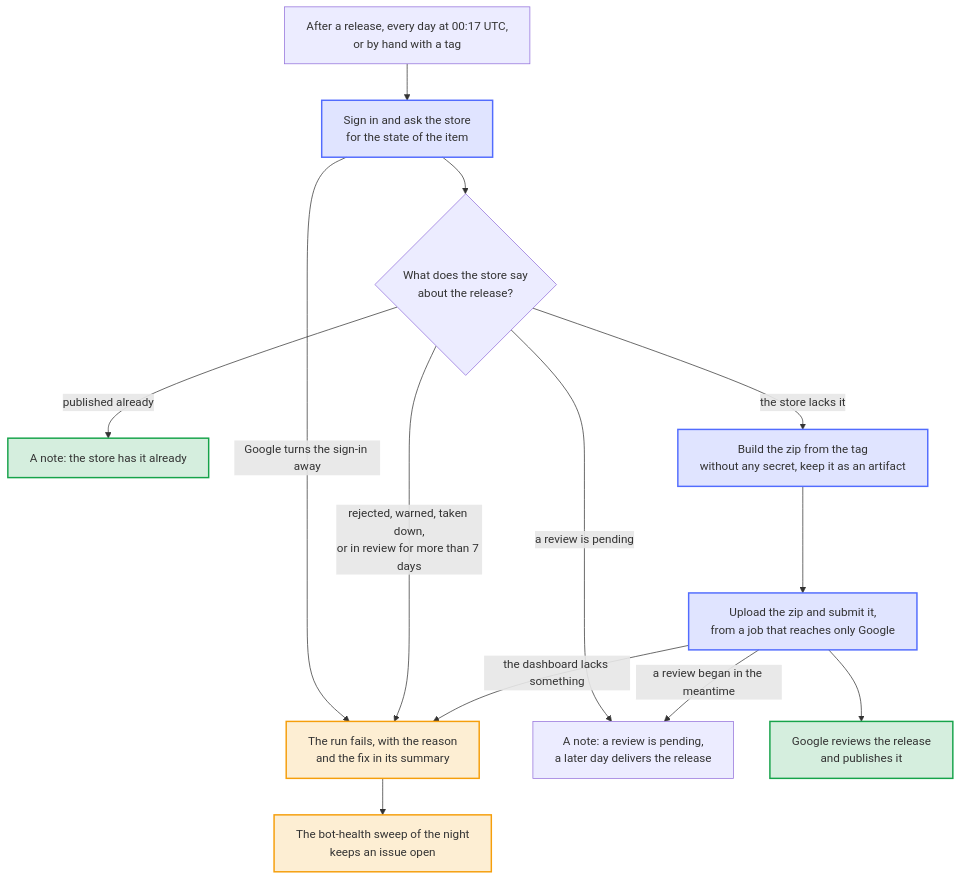
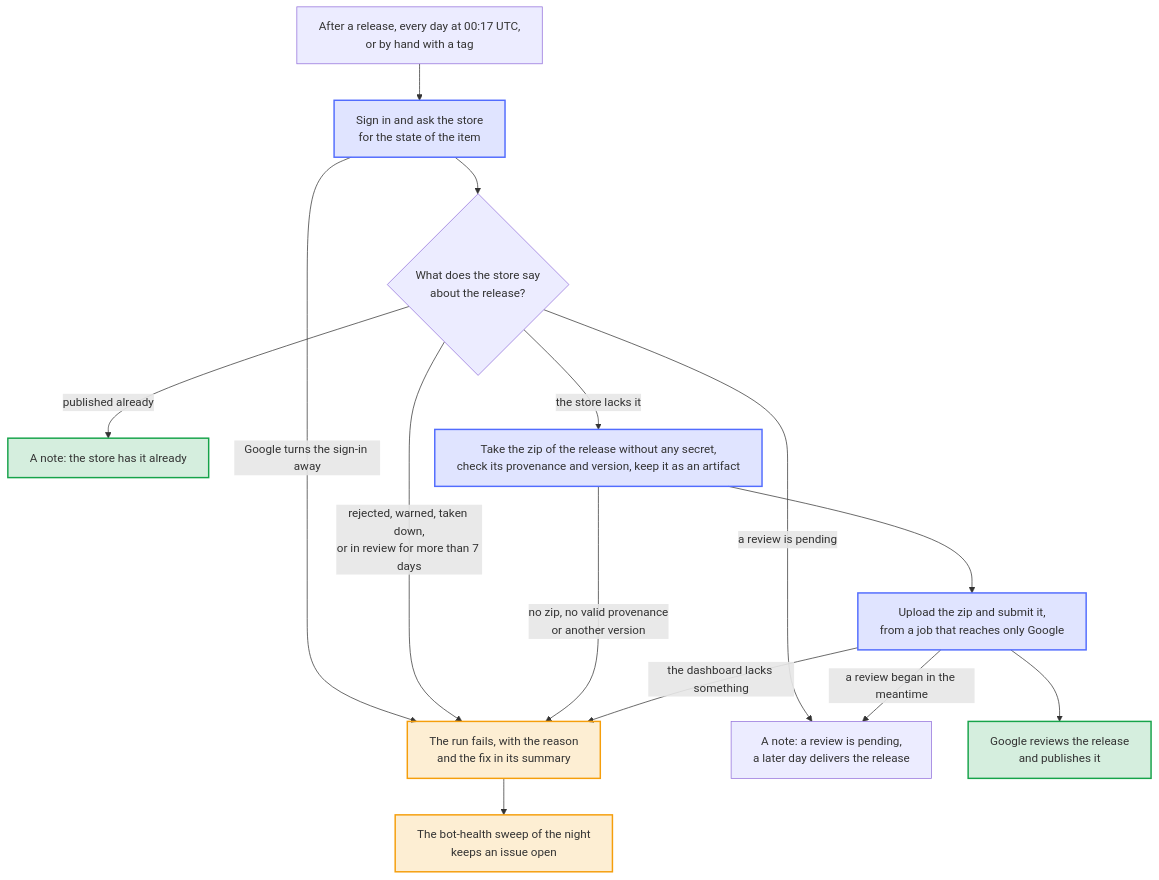
Before and after one commit to Dennis-Otto/player-switch-for-autodarts: the diagram in docs/diagrams/store-delivery.mmd, drawn with Mermaid. The commit also changed 29 other files, not shown here.

First line of the commit message:
feat(release): attach the ready-to-load extension to every release and send the store exactly that file (#120)

```diff
--- a/docs/diagrams/store-delivery.mmd
+++ b/docs/diagrams/store-delivery.mmd
@@ -1,36 +1,37 @@
 ---
 config:
   flowchart:
     wrappingWidth: 400
 ---
 flowchart TB
     accTitle: How a release reaches the Chrome Web Store
-    accDescr: After every release, every day at 00:17 UTC and when started by hand with a tag, the workflow signs in to the Chrome Web Store and asks for the state of the item. A sign-in that Google turns away, a rejected release, a warning, a takedown or a review of more than 7 days fail the run, with the reason and the fix in its summary, and the bot-health sweep of the night keeps an issue open. While a review is pending, the run ends with a note, and a later day delivers the release. When the store has the release already, nothing happens. Otherwise a job without any secret builds the zip from the tag and keeps it as an artifact, and a job that reaches only Google uploads it and submits it for review. When the store refuses the submission because the Developer Dashboard lacks something that the version needs, the run fails as well, and names what the release asks for beyond the version of the store. When a review began in the meantime, the run ends with the same note as for a pending review.
+    accDescr: After every release, every day at 00:17 UTC and when started by hand with a tag, the workflow signs in to the Chrome Web Store and asks for the state of the item. A sign-in that Google turns away, a rejected release, a warning, a takedown or a review of more than 7 days fail the run, with the reason and the fix in its summary, and the bot-health sweep of the night keeps an issue open. While a review is pending, the run ends with a note, and a later day delivers the release. When the store has the release already, nothing happens. Otherwise a job without any secret takes the zip of the release, checks its signed provenance and its version and keeps it as an artifact, and a job that reaches only Google uploads it and submits it for review. A release without the zip, or a zip that fails the check, stays off the store and fails the run. When the store refuses the submission because the Developer Dashboard lacks something that the version needs, the run fails as well, and names what the release asks for beyond the version of the store. When a review began in the meantime, the run ends with the same note as for a pending review.
 
     start["After a release, every day at 00:17 UTC,<br>or by hand with a tag"]
     ask["Sign in and ask the store<br>for the state of the item"]
     decide{"What does the store say<br>about the release?"}
     fail["The run fails, with the reason<br>and the fix in its summary"]
     issue["The bot-health sweep of the night<br>keeps an issue open"]
     wait["A note: a review is pending,<br>a later day delivers the release"]
     has["A note: the store has it already"]
-    package["Build the zip from the tag<br>without any secret, keep it as an artifact"]
+    package["Take the zip of the release without any secret,<br>check its provenance and version, keep it as an artifact"]
     store["Upload the zip and submit it,<br>from a job that reaches only Google"]
     review["Google reviews the release<br>and publishes it"]
 
     start --> ask --> decide
     ask -- "Google turns the sign-in away" --> fail
     decide -- "rejected, warned, taken down,<br>or in review for more than 7 days" --> fail
     decide -- "a review is pending" --> wait
     decide -- "published already" --> has
     decide -- "the store lacks it" --> package --> store --> review
+    package -- "no zip, no valid provenance<br>or another version" --> fail
     store -- "the dashboard lacks something" --> fail
     store -- "a review began in the meantime" --> wait
     fail --> issue
 
     classDef bot fill:#526cfe2e,stroke:#526cfe,stroke-width:2px
     classDef done fill:#16a34a2e,stroke:#16a34a,stroke-width:2px
     classDef person fill:#f59e0b2e,stroke:#f59e0b,stroke-width:2px
     class ask,package,store bot
     class has,review done
     class fail,issue person
```
